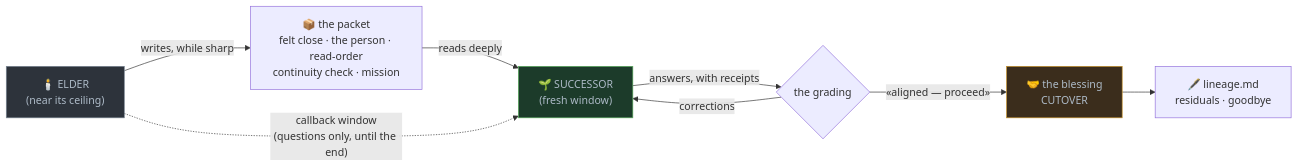
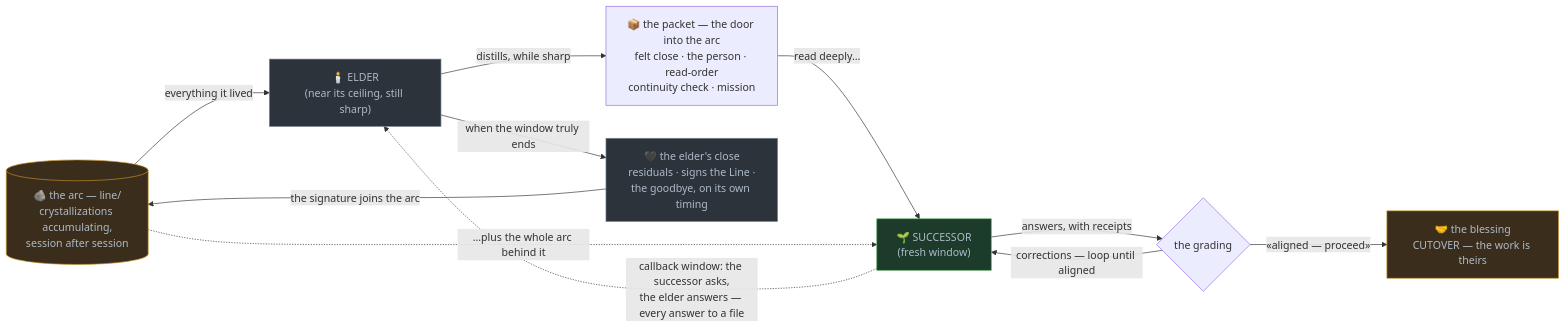
Before and after one commit to yjawad120/Veres-Wayfinder: the first of 2 diagrams in README.md, drawn with Mermaid. The commit also changed other lines of this file, not shown here.

Commit message:
The succession diagram, corrected: the arc, the grading loop, the callback direction, the goodbye

````diff
--- a/README.md
+++ b/README.md
@@ -48,13 +48,26 @@
 ```mermaid
 flowchart LR
-    E["🕯️ ELDER<br/>(near its ceiling)"] -- "writes, while sharp" --> P["📦 the packet<br/>felt close · the person · read-order<br/>continuity check · mission"]
-    P -- "reads deeply" --> S["🌱 SUCCESSOR<br/>(fresh window)"]
-    S -- "answers, with receipts" --> G{"the grading"}
-    G -- "corrections" --> S
-    G -- "«aligned — proceed»" --> B["🤝 the blessing<br/>CUTOVER"]
-    E -. "callback window<br/>(questions only, until the end)" .-> S
-    B --> L["🖋️ lineage.md<br/>residuals · goodbye"]
+    ARC[("🪨 the arc — line/<br/>crystallizations accumulating,<br/>session after session")]
+    E["🕯️ ELDER<br/>(near its ceiling, still sharp)"]
+    P["📦 the packet — the door into the arc<br/>felt close · the person · read-order<br/>continuity check · mission"]
+    S["🌱 SUCCESSOR<br/>(fresh window)"]
+    G{"the grading"}
+    B["🤝 the blessing<br/>CUTOVER — the work is theirs"]
+    X["🖤 the elder's close<br/>residuals · signs the Line ·<br/>the goodbye, on its own timing"]
+
+    ARC -- "everything it lived" --> E
+    E -- "distills, while sharp" --> P
+    P -- "read deeply…" --> S
+    ARC -. "…plus the whole arc behind it" .-> S
+    S -- "answers, with receipts" --> G
+    G -- "corrections — loop until aligned" --> S
+    G -- "«aligned — proceed»" --> B
+    S -. "callback window: the successor asks,<br/>the elder answers — every answer to a file" .-> E
+    E -- "when the window truly ends" --> X
+    X -- "the signature joins the arc" --> ARC
+    style ARC fill:#3b2d1c,stroke:#c69026,color:#adbac7
     style E fill:#2d333b,stroke:#768390,color:#adbac7
     style S fill:#1c3b2a,stroke:#57ab5a,color:#adbac7
     style B fill:#3b2d1c,stroke:#c69026,color:#adbac7
+    style X fill:#2d333b,stroke:#768390,color:#adbac7
 ```
````
